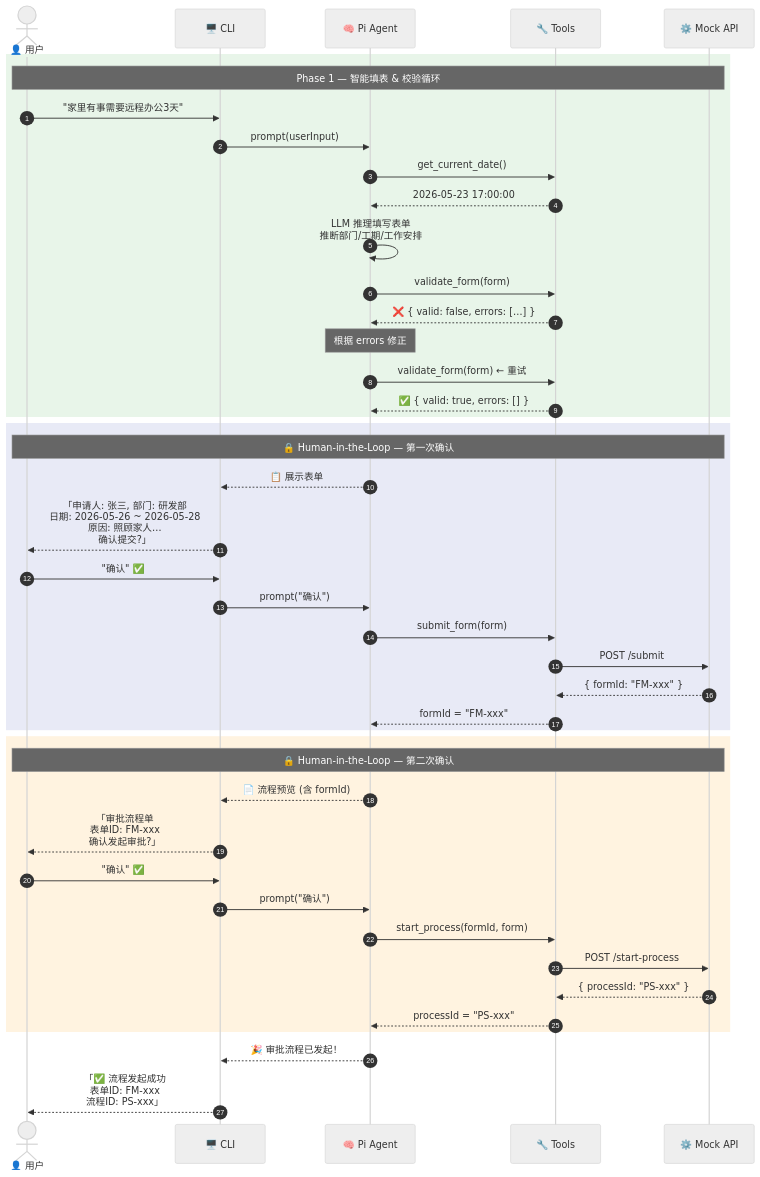
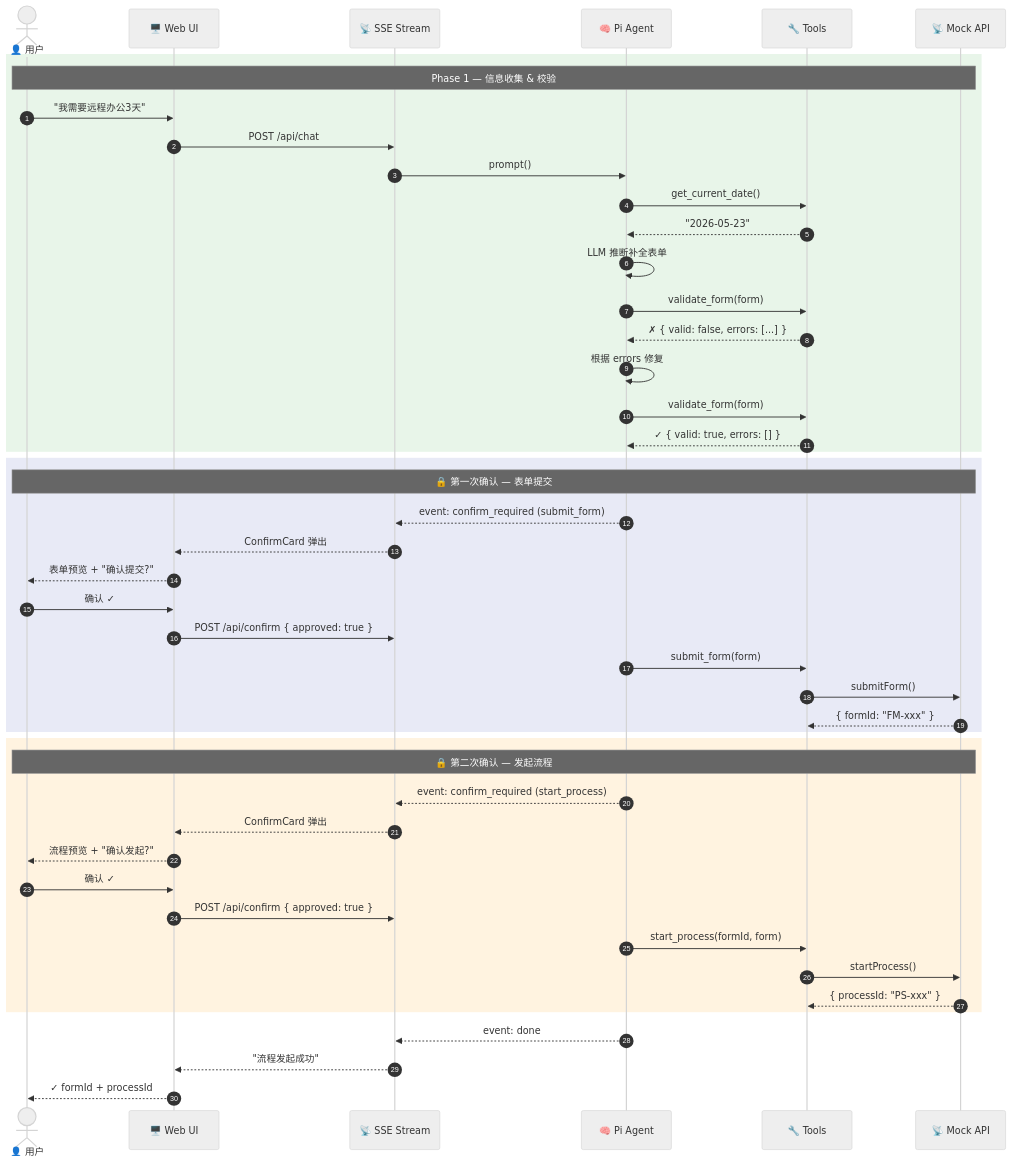
The second of 4 diagrams in docs/DESIGN.md (yjzaaa/leave-approval-agent), drawn with Mermaid (neutral theme) before and after one commit. The commit also changed other lines of this file, not shown here.

Commit message:
docs: 重写设计文档 v2.1 — 前端架构、SSE 流、设计系统、确认去重

````diff
--- a/docs/DESIGN.md
+++ b/docs/DESIGN.md
@@ -65,62 +156,56 @@
 ```mermaid
 sequenceDiagram
     autonumber
     actor User as 👤 用户
-    participant CLI as 🖥️ CLI
+    participant UI as 🖥️ Web UI
+    participant SSE as 📡 SSE Stream
     participant Agent as 🧠 Pi Agent
     participant Tools as 🔧 Tools
-    participant API as ⚙️ Mock API
+    participant API as 📡 Mock API
 
-    %% ===== Phase 1: 填写 & 校验 =====
+    %% Phase 1: 填写 & 校验
     rect rgb(232, 245, 233)
-        Note over User,API: Phase 1 — 智能填表 & 校验循环
-        User->>CLI: "家里有事需要远程办公3天"
-        CLI->>Agent: prompt(userInput)
-
+        Note over User,API: Phase 1 — 信息收集 & 校验
+        User->>UI: "我需要远程办公3天"
+        UI->>SSE: POST /api/chat
+        SSE->>Agent: prompt()
         Agent->>Tools: get_current_date()
-        Tools-->>Agent: 2026-05-23 17:00:00
-
-        Agent->>Agent: LLM 推理填写表单<br/>推断部门/工期/工作安排
-
+        Tools-->>Agent: "2026-05-23"
+        Agent->>Agent: LLM 推断补全表单
         Agent->>Tools: validate_form(form)
-        Tools-->>Agent: ❌ { valid: false, errors: […] }
-
-        Note over Agent: 根据 errors 修正
-
-        Agent->>Tools: validate_form(form) ← 重试
-        Tools-->>Agent: ✅ { valid: true, errors: [] }
+        Tools-->>Agent: ✗ { valid: false, errors: [...] }
+        Agent->>Agent: 根据 errors 修复
+        Agent->>Tools: validate_form(form)
+        Tools-->>Agent: ✓ { valid: true, errors: [] }
     end
 
-    %% ===== 第一次确认 =====
+    %% 第一次确认
     rect rgb(232, 234, 246)
-        Note over User,API: 🔒 Human-in-the-Loop — 第一次确认
-        Agent-->>CLI: 📋 展示表单
-        CLI-->>User: 「申请人: 张三, 部门: 研发部<br/>日期: 2026-05-26 ~ 2026-05-28<br/>原因: 照顾家人…<br/>确认提交?」
-
-        User->>CLI: "确认" ✅
-        CLI->>Agent: prompt("确认")
-
+        Note over User,API: 🔒 第一次确认 — 表单提交
+        Agent-->>SSE: event: confirm_required (submit_form)
+        SSE-->>UI: ConfirmCard 弹出
+        UI-->>User: 表单预览 + "确认提交?"
+        User->>UI: 确认 ✓
+        UI->>SSE: POST /api/confirm { approved: true }
         Agent->>Tools: submit_form(form)
-        Tools->>API: POST /submit
+        Tools->>API: submitForm()
         API-->>Tools: { formId: "FM-xxx" }
-        Tools-->>Agent: formId = "FM-xxx"
     end
 
-    %% ===== 第二次确认 =====
+    %% 第二次确认
     rect rgb(255, 243, 224)
-        Note over User,API: 🔒 Human-in-the-Loop — 第二次确认
-        Agent-->>CLI: 📄 流程预览 (含 formId)
-        CLI-->>User: 「审批流程单<br/>表单ID: FM-xxx<br/>确认发起审批?」
-
-        User->>CLI: "确认" ✅
-        CLI->>Agent: prompt("确认")
-
+        Note over User,API: 🔒 第二次确认 — 发起流程
+        Agent-->>SSE: event: confirm_required (start_process)
+        SSE-->>UI: ConfirmCard 弹出
+        UI-->>User: 流程预览 + "确认发起?"
+        User->>UI: 确认 ✓
+        UI->>SSE: POST /api/confirm { approved: true }
         Agent->>Tools: start_process(formId, form)
-        Tools->>API: POST /start-process
+        Tools->>API: startProcess()
         API-->>Tools: { processId: "PS-xxx" }
-        Tools-->>Agent: processId = "PS-xxx"
     end
 
-    Agent-->>CLI: 🎉 审批流程已发起！
-    CLI-->>User: 「✅ 流程发起成功<br/>表单ID: FM-xxx<br/>流程ID: PS-xxx」
+    Agent-->>SSE: event: done
+    SSE-->>UI: "流程发起成功"
+    UI-->>User: ✓ formId + processId
 ```
````
